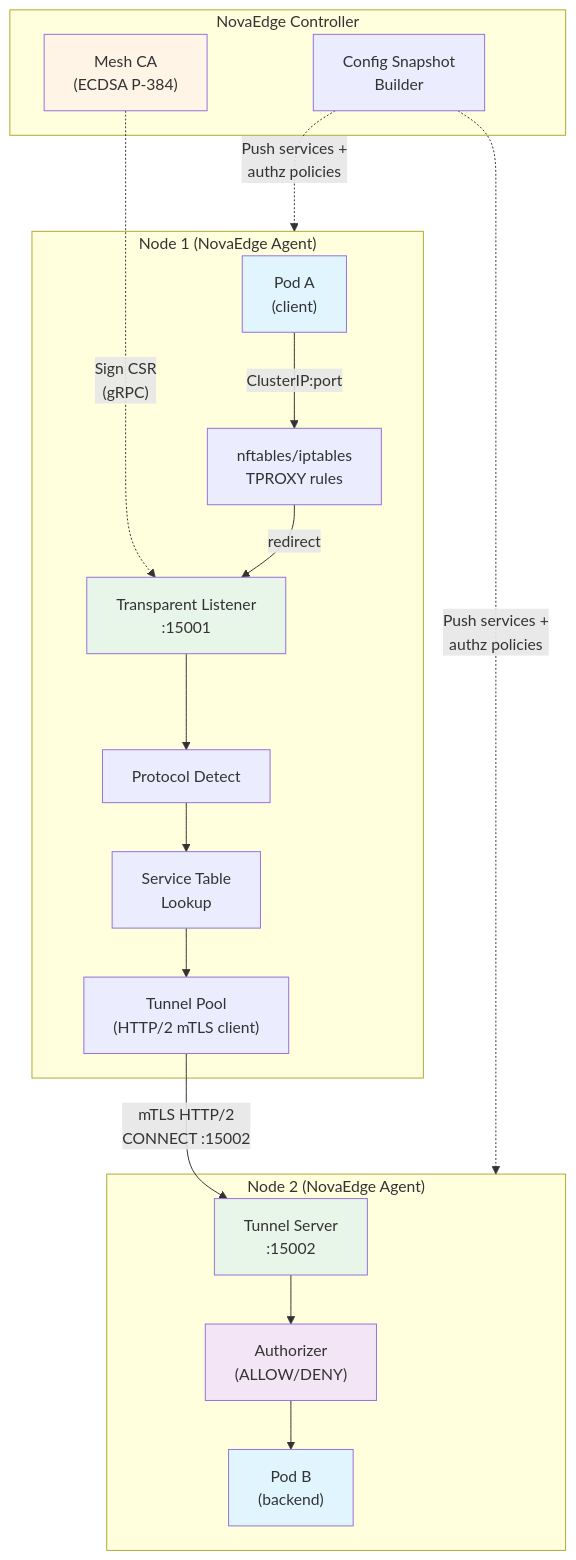
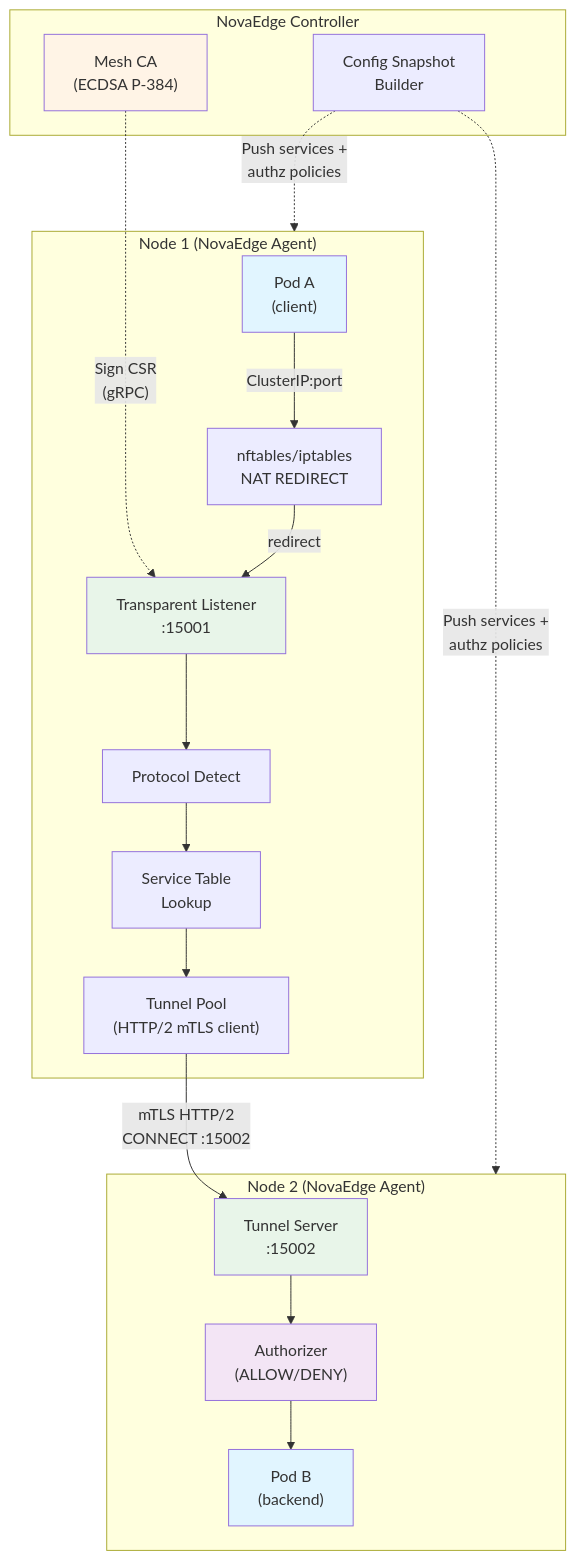
One commit to azrtydxb/novaedge changed the first of 4 diagrams in docs/user-guide/service-mesh.md. Above: the diagram before and after it, drawn with Mermaid. The commit also changed other lines of this file and 5 other files, not shown here.

First line of the commit message:
[Fix] Switch mesh interception from TPROXY to NAT REDIRECT (#506)

````diff
--- a/docs/user-guide/service-mesh.md
+++ b/docs/user-guide/service-mesh.md
@@ -20,33 +20,33 @@
 ```mermaid
 flowchart TB
     subgraph Node1["Node 1 (NovaEdge Agent)"]
-        Pod1["Pod A<br/>(client)"] -->|"ClusterIP:port"| IPT1["nftables/iptables<br/>TPROXY rules"]
+        Pod1["Pod A<br/>(client)"] -->|"ClusterIP:port"| IPT1["nftables/iptables<br/>NAT REDIRECT"]
         IPT1 -->|"redirect"| TL1["Transparent Listener<br/>:15001"]
         TL1 --> PD1["Protocol Detect"]
         PD1 --> ST1["Service Table<br/>Lookup"]
         ST1 --> TP1["Tunnel Pool<br/>(HTTP/2 mTLS client)"]
     end
 
     TP1 -->|"mTLS HTTP/2<br/>CONNECT :15002"| TS2
 
     subgraph Node2["Node 2 (NovaEdge Agent)"]
         TS2["Tunnel Server<br/>:15002"] --> AZ2["Authorizer<br/>(ALLOW/DENY)"]
         AZ2 --> Pod2["Pod B<br/>(backend)"]
     end
 
     subgraph Controller["NovaEdge Controller"]
         CA["Mesh CA<br/>(ECDSA P-384)"]
         SB["Config Snapshot<br/>Builder"]
     end
 
     CA -.->|"Sign CSR<br/>(gRPC)"| TL1
     SB -.->|"Push services +<br/>authz policies"| Node1
     SB -.->|"Push services +<br/>authz policies"| Node2
 
     style Pod1 fill:#e1f5ff
     style Pod2 fill:#e1f5ff
     style CA fill:#fff4e6
     style AZ2 fill:#f3e5f5
     style TS2 fill:#e8f5e9
     style TL1 fill:#e8f5e9
 ```
````
